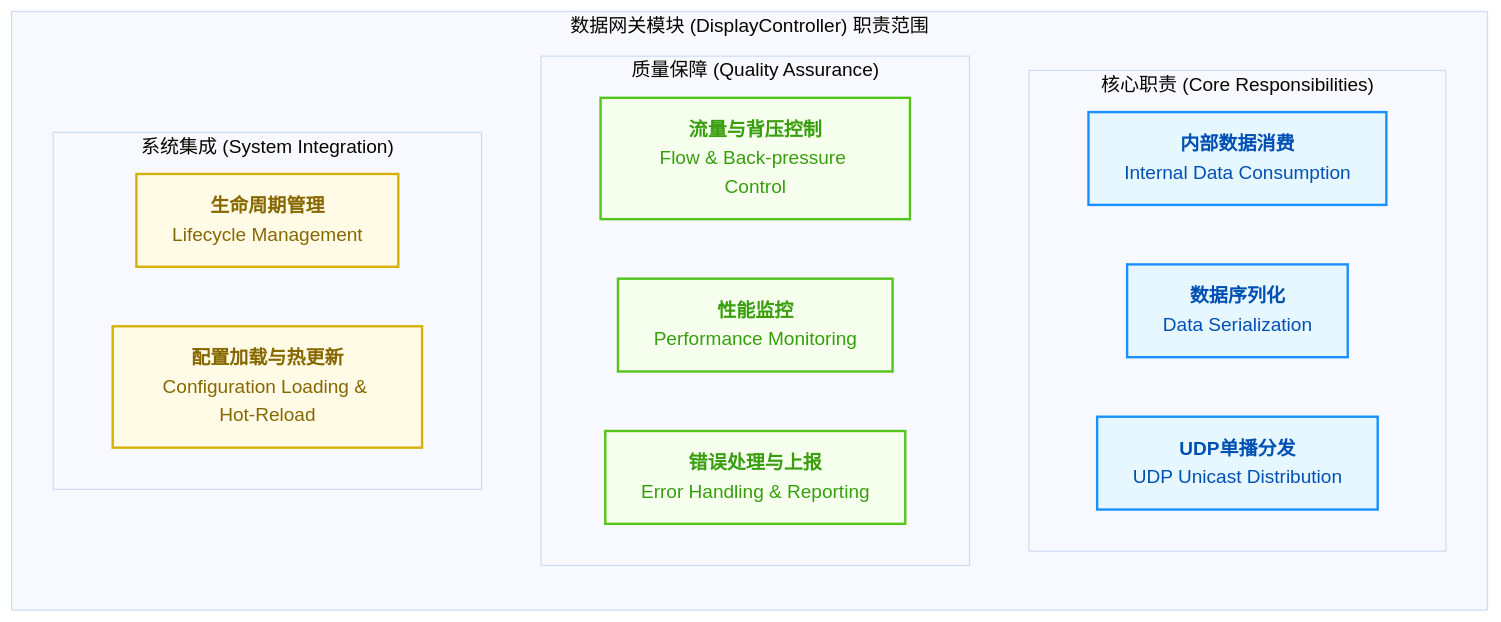
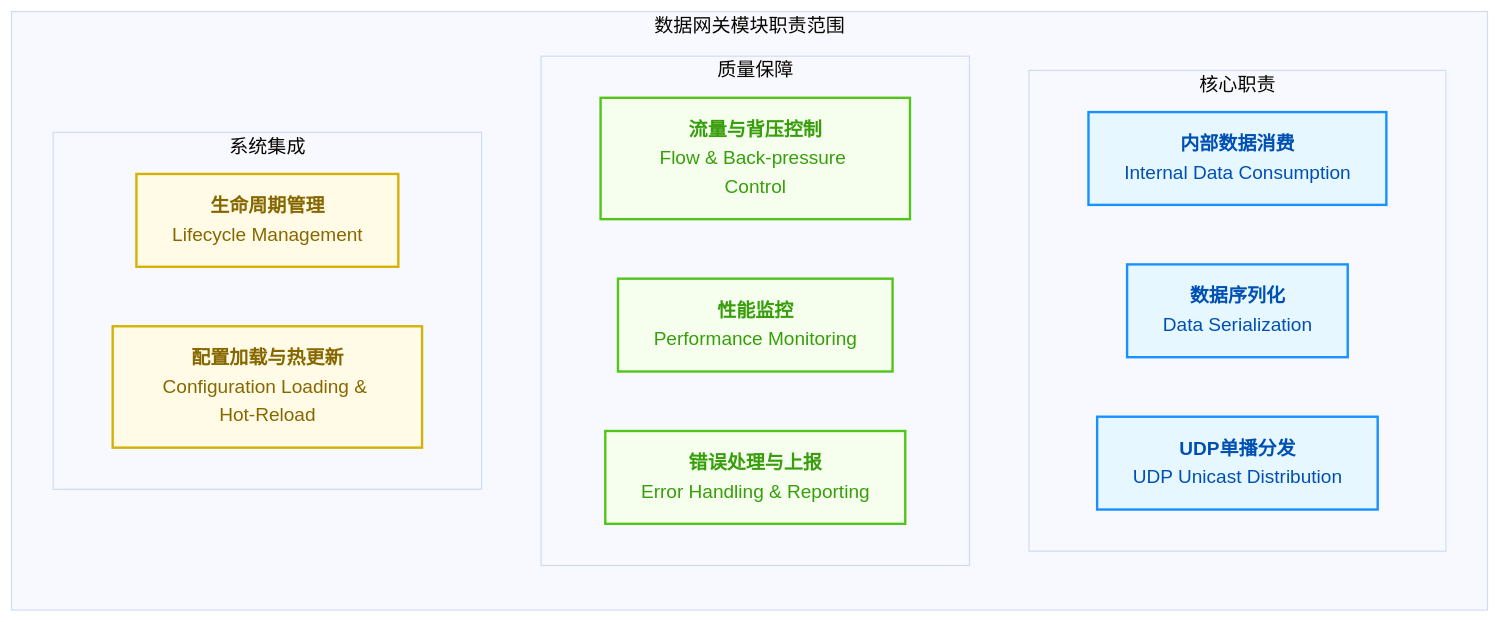
The first of 5 diagrams in docs/01_项目设计/02_模块设计/04_数据网关模块设计.md (wendizhou99-cell/Radar), drawn with Mermaid (base theme) before and after one commit. The commit also changed other lines of this file and 8 other files, not shown here.

````diff
--- a/docs/01_项目设计/02_模块设计/04_数据网关模块设计.md
+++ b/docs/01_项目设计/02_模块设计/04_数据网关模块设计.md
@@ -86,32 +89,32 @@
 ```mermaid
 graph TD
-    subgraph "数据网关模块 (DisplayController) 职责范围"
+    subgraph "数据网关模块职责范围"
         direction TB
 
-        subgraph "核心职责 (Core Responsibilities)"
+        subgraph "核心职责"
             A1["<b>内部数据消费</b><br/>Internal Data Consumption"]
             A2["<b>数据序列化</b><br/>Data Serialization"]
             A3["<b>UDP单播分发</b><br/>UDP Unicast Distribution"]
         end
 
-        subgraph "质量保障 (Quality Assurance)"
+        subgraph "质量保障"
             B1["<b>流量与背压控制</b><br/>Flow & Back-pressure Control"]
             B2["<b>性能监控</b><br/>Performance Monitoring"]
             B3["<b>错误处理与上报</b><br/>Error Handling & Reporting"]
         end
 
-        subgraph "系统集成 (System Integration)"
+        subgraph "系统集成"
             C1["<b>生命周期管理</b><br/>Lifecycle Management"]
             C2["<b>配置加载与热更新</b><br/>Configuration Loading & Hot-Reload"]
         end
     end
 
     %% Styling
     classDef core fill:#e6f7ff,stroke:#1890ff,stroke-width:2px,color:#0050b3
     classDef quality fill:#f6ffed,stroke:#52c41a,stroke-width:2px,color:#389e0d
     classDef integration fill:#fffbe6,stroke:#d4b106,stroke-width:2px,color:#876800
 
     class A1,A2,A3 core
     class B1,B2,B3 quality
     class C1,C2 integration
 ```
````
